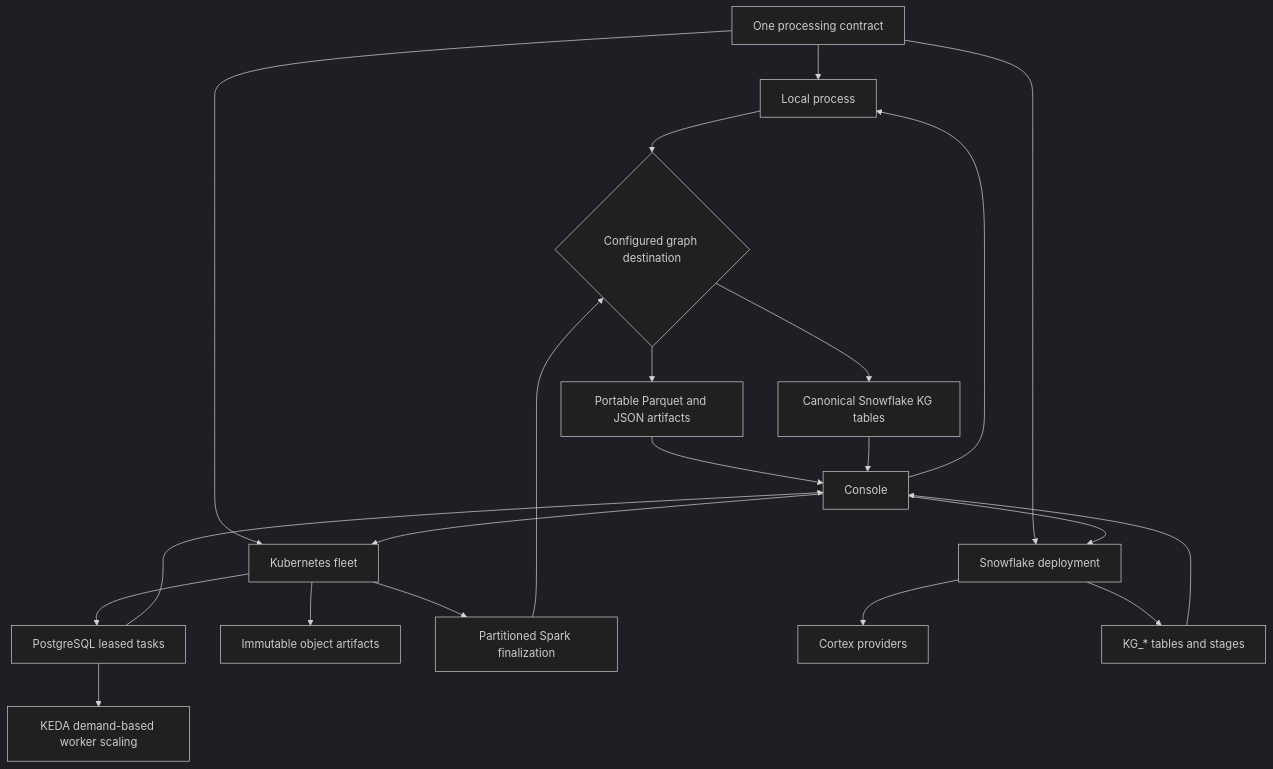
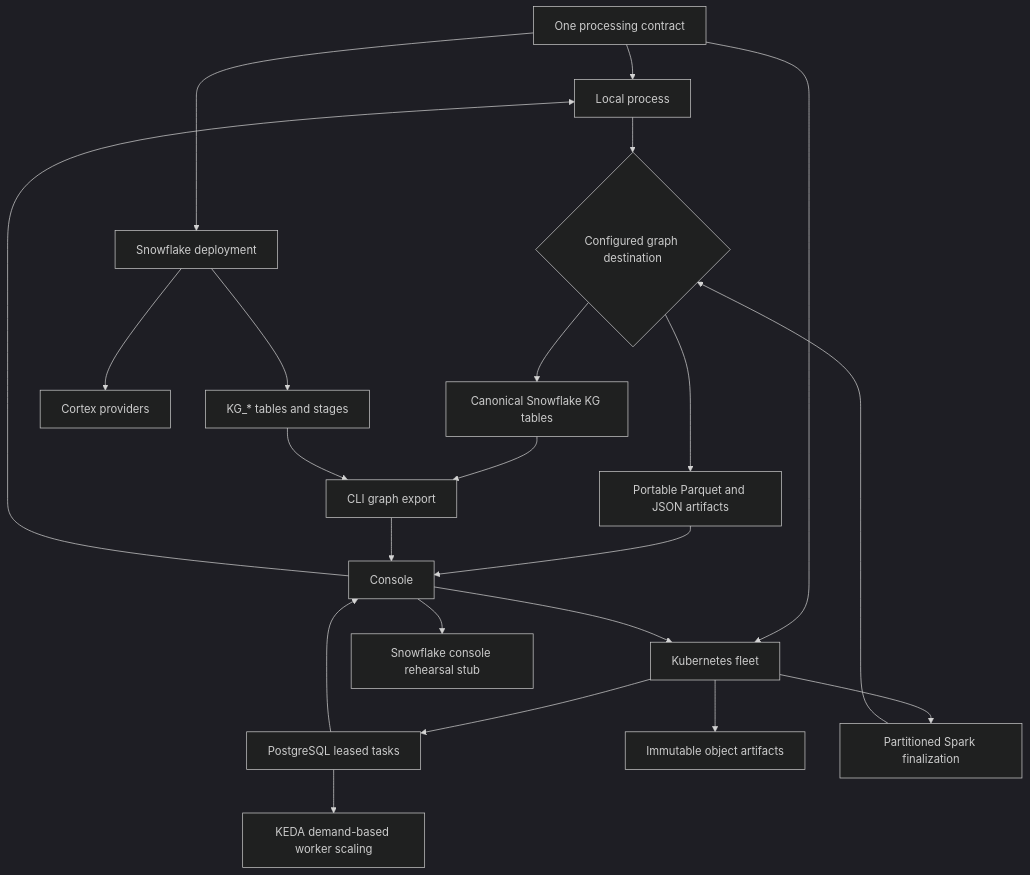
The third of 3 diagrams in docs/architecture.md (LEO-Pharma-R-D-Data-Analytics/flakegraph), drawn with Mermaid (dark theme) before and after one commit. The commit also changed other lines of this file and 6 other files, not shown here.

````diff
--- a/docs/architecture.md
+++ b/docs/architecture.md
@@ -181,24 +181,25 @@
 ```mermaid
 flowchart TD
     contract["One processing contract"] --> local["Local process"]
     contract --> fleet["Kubernetes fleet"]
     contract --> snowflake["Snowflake deployment"]
 
     local --> destination{"Configured graph destination"}
     fleet --> queue["PostgreSQL leased tasks"]
     queue --> autoscaling["KEDA demand-based worker scaling"]
     fleet --> objects["Immutable object artifacts"]
     fleet --> spark["Partitioned Spark finalization"]
     spark --> destination
     destination --> localOutput["Portable Parquet and JSON artifacts"]
     destination --> remoteOutput["Canonical Snowflake KG tables"]
     snowflake --> cortex["Cortex providers"]
     snowflake --> tables["KG_* tables and stages"]
     control["Console"] --> local
     control --> fleet
-    control --> snowflake
+    control --> rehearsal["Snowflake console rehearsal stub"]
     localOutput --> control
-    remoteOutput --> control
+    remoteOutput --> export["CLI graph export"]
+    tables --> export
+    export --> control
     queue --> control
-    tables --> control
 ```
````
